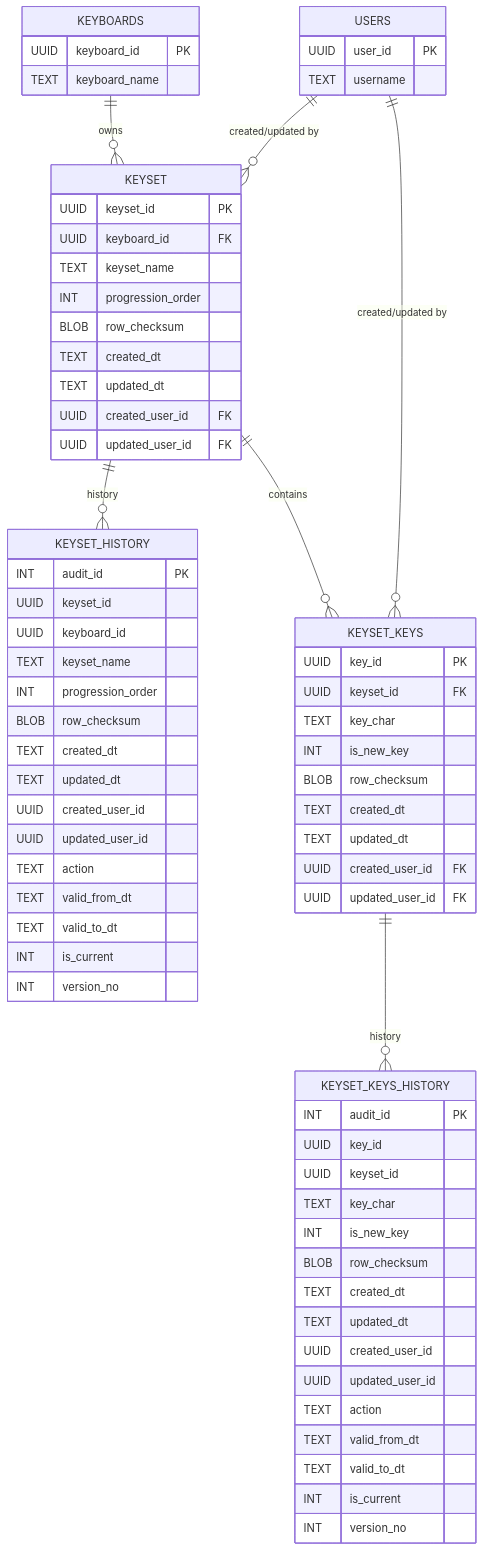
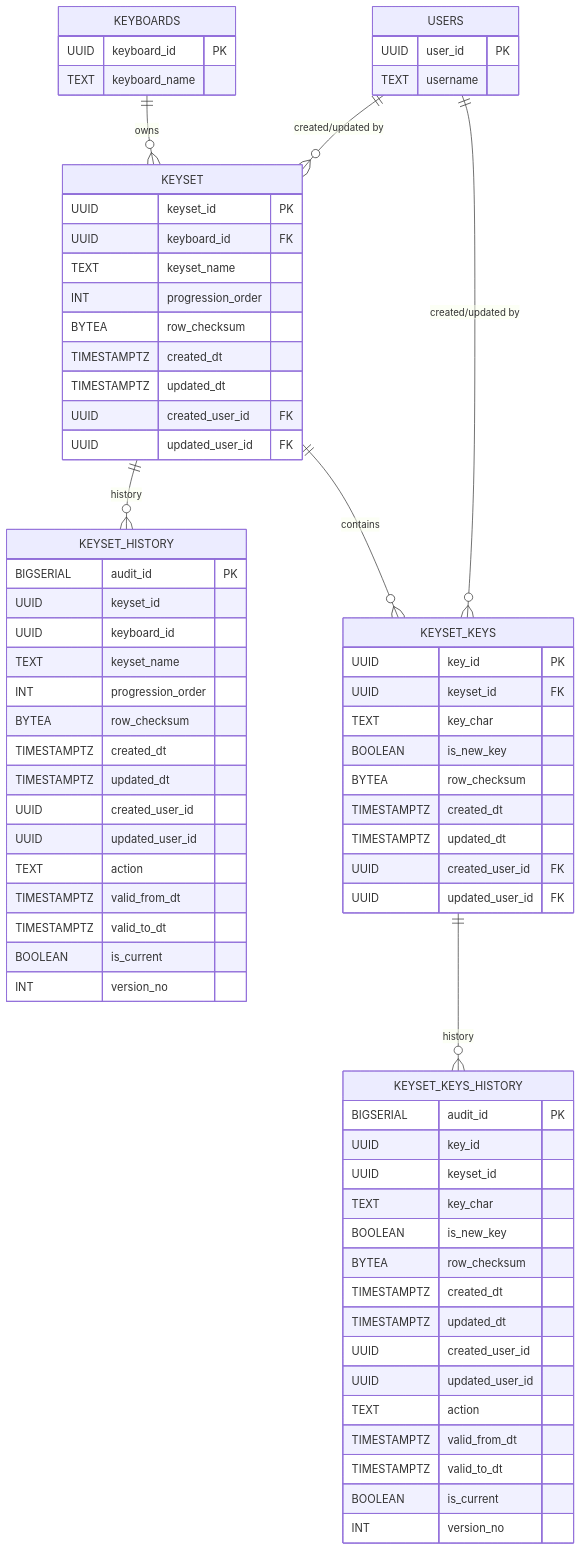
Before and after one commit to SeanAdams10/AITypingTrainer: the first of 2 diagrams in Requirements/Keyset_req.md, drawn with Mermaid. The commit also changed other lines of this file and 27 other files, not shown here.

````diff
--- a/Requirements/Keyset_req.md
+++ b/Requirements/Keyset_req.md
@@ -107,79 +394,79 @@
 ```mermaid
 erDiagram
     USERS {
         UUID user_id PK
         TEXT username
     }
 
     KEYBOARDS {
         UUID keyboard_id PK
         TEXT keyboard_name
     }
 
     KEYSET {
         UUID keyset_id PK
         UUID keyboard_id FK
         TEXT keyset_name
         INT progression_order
-        BLOB row_checksum
-        TEXT created_dt
-        TEXT updated_dt
+        BYTEA row_checksum
+        TIMESTAMPTZ created_dt
+        TIMESTAMPTZ updated_dt
         UUID created_user_id FK
         UUID updated_user_id FK
     }
 
     KEYSET_HISTORY {
-        INT audit_id PK
+        BIGSERIAL audit_id PK
         UUID keyset_id
         UUID keyboard_id
         TEXT keyset_name
         INT progression_order
-        BLOB row_checksum
-        TEXT created_dt
-        TEXT updated_dt
+        BYTEA row_checksum
+        TIMESTAMPTZ created_dt
+        TIMESTAMPTZ updated_dt
         UUID created_user_id
         UUID updated_user_id
         TEXT action
-        TEXT valid_from_dt
-        TEXT valid_to_dt
-        INT is_current
+        TIMESTAMPTZ valid_from_dt
+        TIMESTAMPTZ valid_to_dt
+        BOOLEAN is_current
         INT version_no
     }
 
     KEYSET_KEYS {
         UUID key_id PK
         UUID keyset_id FK
         TEXT key_char
-        INT is_new_key
-        BLOB row_checksum
-        TEXT created_dt
-        TEXT updated_dt
+        BOOLEAN is_new_key
+        BYTEA row_checksum
+        TIMESTAMPTZ created_dt
+        TIMESTAMPTZ updated_dt
         UUID created_user_id FK
         UUID updated_user_id FK
     }
 
     KEYSET_KEYS_HISTORY {
-        INT audit_id PK
+        BIGSERIAL audit_id PK
         UUID key_id
         UUID keyset_id
         TEXT key_char
-        INT is_new_key
-        BLOB row_checksum
-        TEXT created_dt
-        TEXT updated_dt
+        BOOLEAN is_new_key
+        BYTEA row_checksum
+        TIMESTAMPTZ created_dt
+        TIMESTAMPTZ updated_dt
         UUID created_user_id
         UUID updated_user_id
         TEXT action
-        TEXT valid_from_dt
-        TEXT valid_to_dt
-        INT is_current
+        TIMESTAMPTZ valid_from_dt
+        TIMESTAMPTZ valid_to_dt
+        BOOLEAN is_current
         INT version_no
     }
 
     USERS ||--o{ KEYSET : "created/updated by"
     USERS ||--o{ KEYSET_KEYS : "created/updated by"
     KEYBOARDS ||--o{ KEYSET : "owns"
     KEYSET ||--o{ KEYSET_HISTORY : "history"
     KEYSET ||--o{ KEYSET_KEYS : "contains"
     KEYSET_KEYS ||--o{ KEYSET_KEYS_HISTORY : "history"
 ```
````
